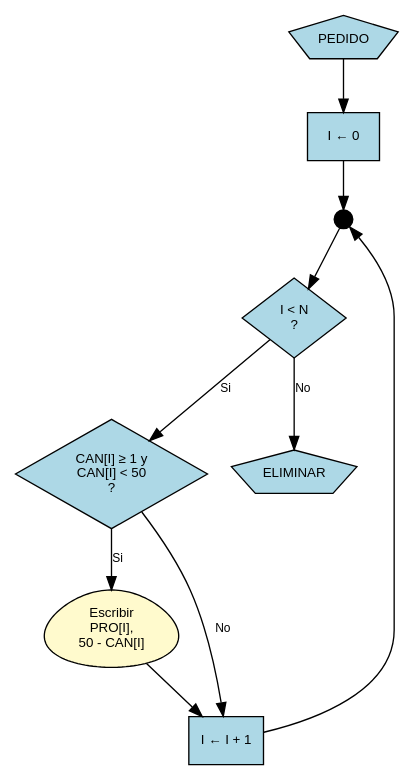
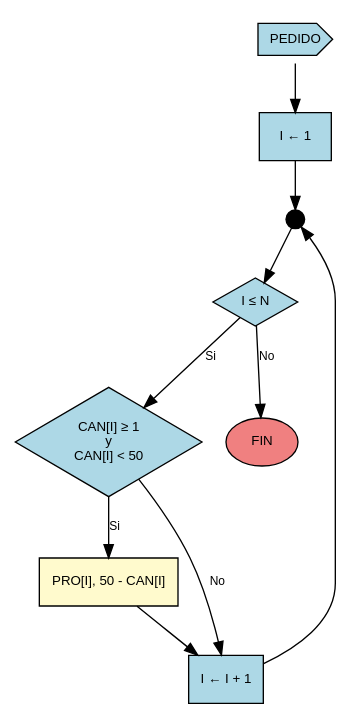
One commit to D1egoXD/JAVA-TICS changed the diagram in diagramas/problema_4_22_parte_c.dot. Above: the diagram before and after it, drawn with Graphviz. The commit also changed 7 other files, not shown here.

```diff
--- a/diagramas/problema_4_22_parte_c.dot
+++ b/diagramas/problema_4_22_parte_c.dot
@@ -1,26 +1,26 @@
 digraph Inventario_Parte_C {
     rankdir=TB;
     node [shape=box, style=filled, fontname="Arial", fontsize=10];
     edge [fontname="Arial", fontsize=9];
 
     // Nodos
-    conectorPedido [label="PEDIDO", shape=pentagon, fillcolor="#ADD8E6", color=black, fontcolor=black];
-    initI [label="I ← 0", shape=box, fillcolor="#ADD8E6", color=black, fontcolor=black];
+    conectorPedido [label="PEDIDO", shape=cds, fillcolor="#ADD8E6", color=black, fontcolor=black];
+    initI [label="I ← 1", shape=box, fillcolor="#ADD8E6", color=black, fontcolor=black];
     converge1 [label="", shape=circle, width=0.2, height=0.2, fillcolor=black, color=black];
-    ciclo [label="I < N\n?", shape=diamond, fillcolor="#ADD8E6", color=black, fontcolor=black];
-    condicion [label="CAN[I] ≥ 1 y\nCAN[I] < 50\n?", shape=diamond, fillcolor="#ADD8E6", color=black, fontcolor=black];
-    imprimir [label="Escribir\nPRO[I],\n50 - CAN[I]", shape=egg, fillcolor="#FFFACD", color=black, fontcolor=black];
+    ciclo [label="I ≤ N", shape=diamond, fillcolor="#ADD8E6", color=black, fontcolor=black];
+    condicion [label="CAN[I] ≥ 1\ny\nCAN[I] < 50", shape=diamond, fillcolor="#ADD8E6", color=black, fontcolor=black];
+    imprimir [label="PRO[I], 50 - CAN[I]", shape=box, fillcolor="#FFFACD", color=black, fontcolor=black];
     incremento [label="I ← I + 1", shape=box, fillcolor="#ADD8E6", color=black, fontcolor=black];
-    conectorEliminar [label="ELIMINAR", shape=pentagon, fillcolor="#ADD8E6", color=black, fontcolor=black];
+    fin [label="FIN", shape=oval, fillcolor="#F08080", color=black, fontcolor=black];
 
     // Conexiones
     conectorPedido -> initI;
     initI -> converge1;
     converge1 -> ciclo;
     ciclo -> condicion [label="Si"];
-    ciclo -> conectorEliminar [label="No"];
+    ciclo -> fin [label="No"];
     condicion -> imprimir [label="Si"];
     condicion -> incremento [label="No"];
     imprimir -> incremento;
     incremento -> converge1;
 }
```
